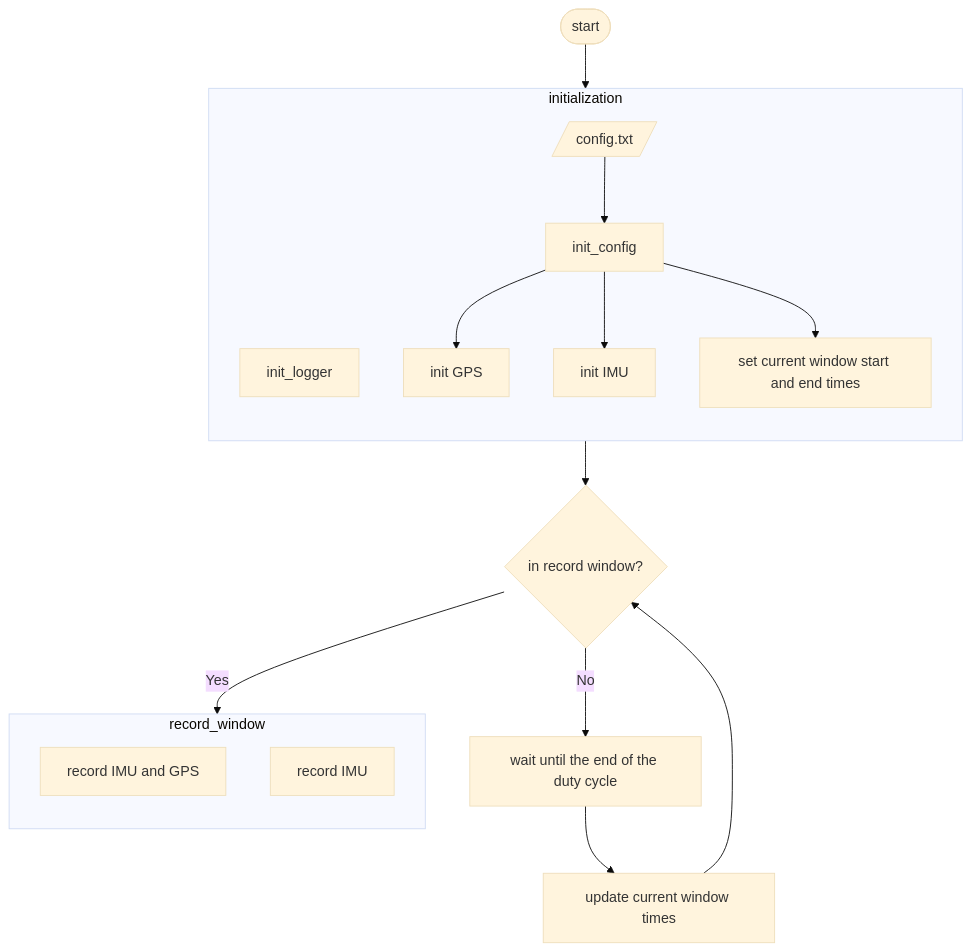
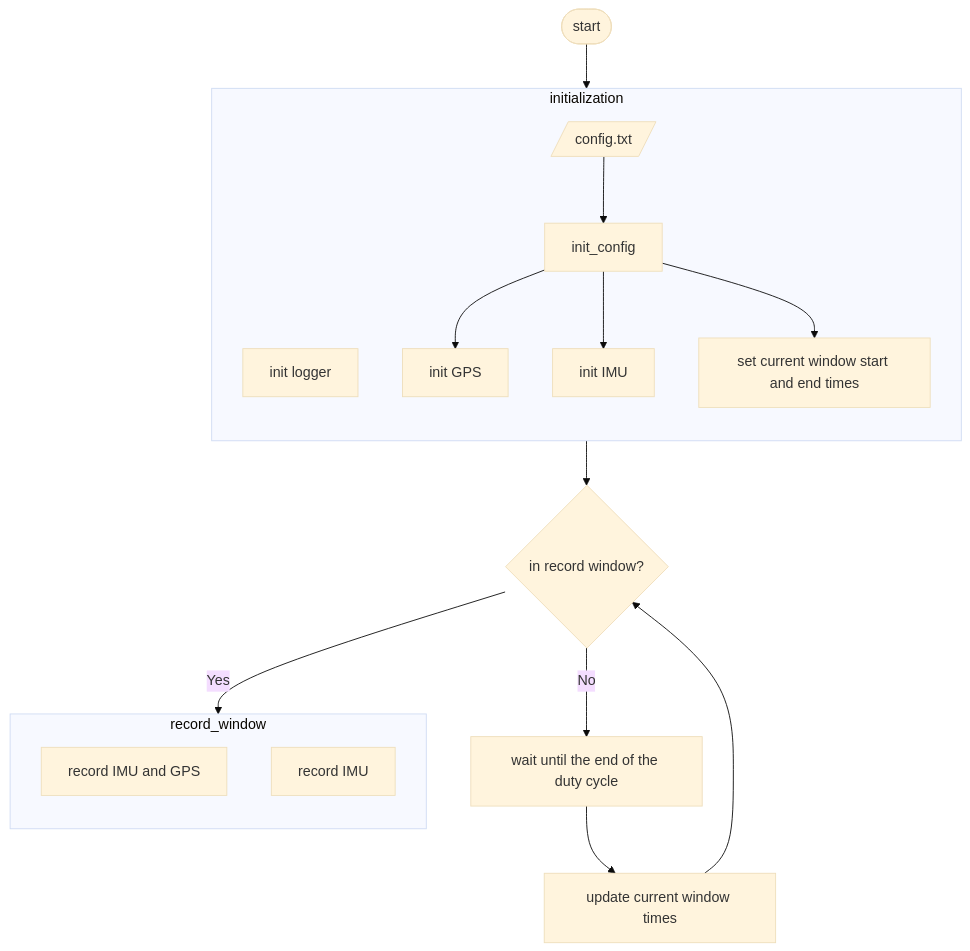
One commit to SASlabgroup/microSWIFT changed the second of 6 diagrams in doc/Design.md. Above: the diagram before and after it, drawn with Mermaid (base theme). The commit also changed other lines of this file, not shown here.

Commit message:
updates main flow

````diff
--- a/doc/Design.md
+++ b/doc/Design.md
@@ -86,25 +86,25 @@
 ```mermaid
 flowchart TB
     start([start])--> initialization
 
     subgraph initialization
         direction TB
-        logger["init_logger"]
+        logger["init logger"]
         user_config[/config.txt/]-->config["init_config"];
         config-->gps["init GPS"] & imu["init IMU"] & set_time["set current window start and end times"];
     end
 
     subgraph record_window
         direction TB
         record_gps["record IMU and GPS"]
         record_imu["record IMU"]
     end
 
     initialization-->in_record{"in record window?"};
     in_record-->|Yes| record_window
 
     in_record-->|No| wait["wait until the end of the duty cycle"]
     wait-->update_times["update current window times"]    
     update_times-->in_record
 
 ```
````
